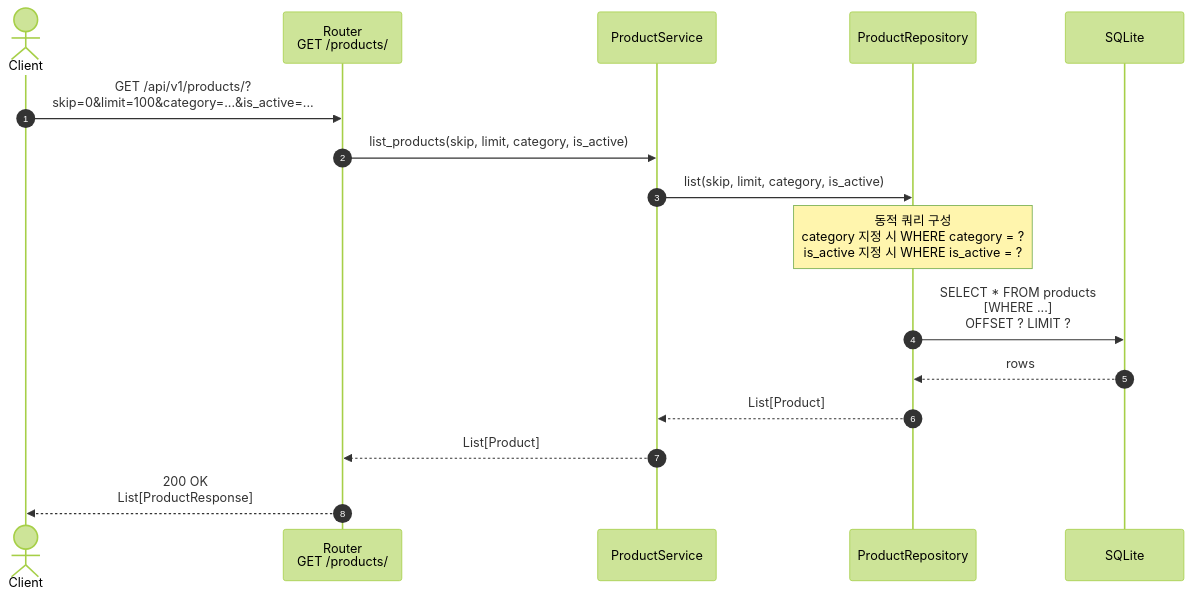
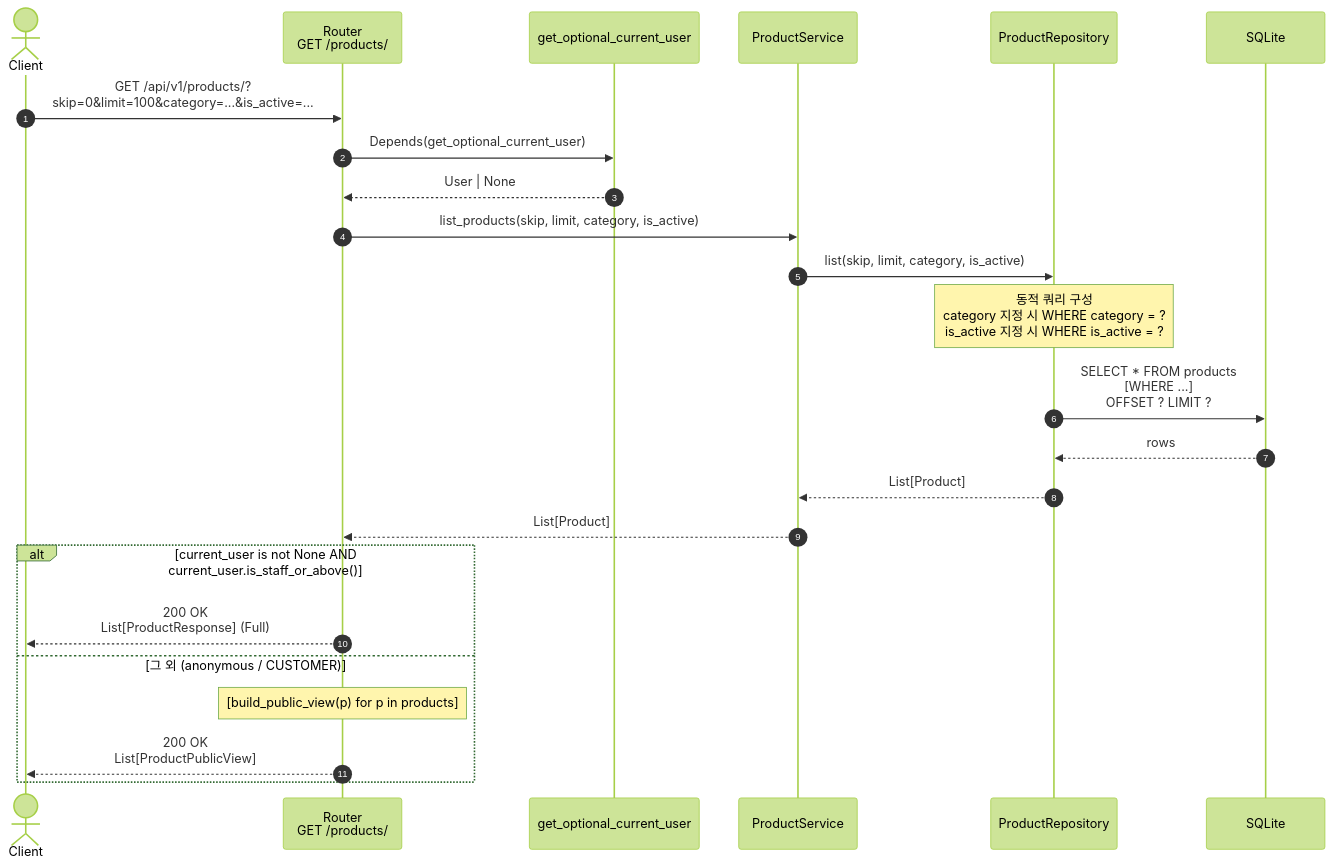
One commit to hjp7461/fastapi-sample changed the second of 2 diagrams in docs/diagram/상품_조회.md. Above: the diagram before and after it, drawn with Mermaid (forest theme). The commit also changed other lines of this file and 7 other files, not shown here.

First line of the commit message:
docs(diagram): require_* 명명 + staff 권한 + Product viewer 분기 정합

````diff
--- a/docs/diagram/상품_조회.md
+++ b/docs/diagram/상품_조회.md
@@ -55,21 +71,31 @@
 ```mermaid
 sequenceDiagram
     autonumber
     actor Client
     participant Router as Router<br/>GET /products/
+    participant OptDep as get_optional_current_user
     participant Service as ProductService
     participant Repo as ProductRepository
     participant DB as SQLite
 
     Client->>Router: GET /api/v1/products/?<br/>skip=0&limit=100&category=...&is_active=...
+    Router->>OptDep: Depends(get_optional_current_user)
+    OptDep-->>Router: User | None
+
     Router->>Service: list_products(skip, limit, category, is_active)
     Service->>Repo: list(skip, limit, category, is_active)
 
     Note over Repo: 동적 쿼리 구성<br/>category 지정 시 WHERE category = ?<br/>is_active 지정 시 WHERE is_active = ?
 
     Repo->>DB: SELECT * FROM products<br/>[WHERE ...]<br/>OFFSET ? LIMIT ?
     DB-->>Repo: rows
     Repo-->>Service: List[Product]
     Service-->>Router: List[Product]
-    Router-->>Client: 200 OK<br/>List[ProductResponse]
+
+    alt current_user is not None AND current_user.is_staff_or_above()
+        Router-->>Client: 200 OK<br/>List[ProductResponse] (Full)
+    else 그 외 (anonymous / CUSTOMER)
+        Note over Router: [build_public_view(p) for p in products]
+        Router-->>Client: 200 OK<br/>List[ProductPublicView]
+    end
 ```
````
